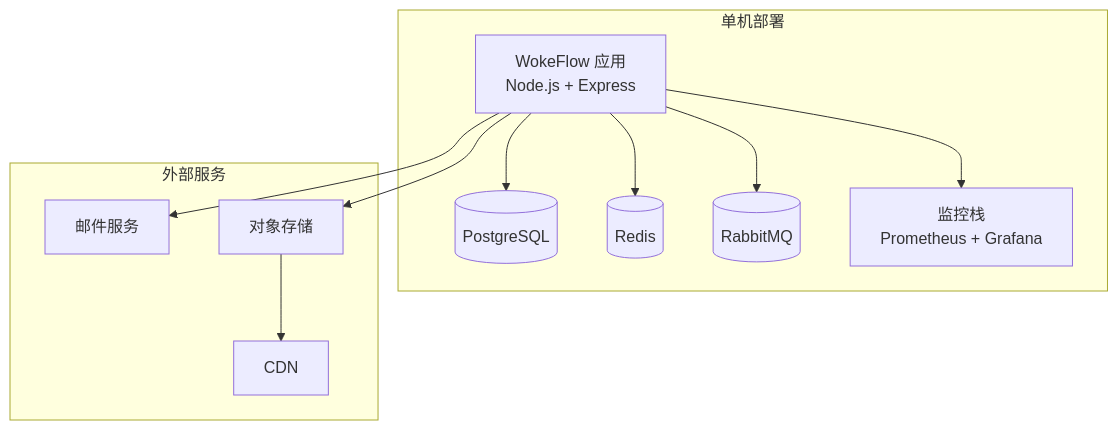
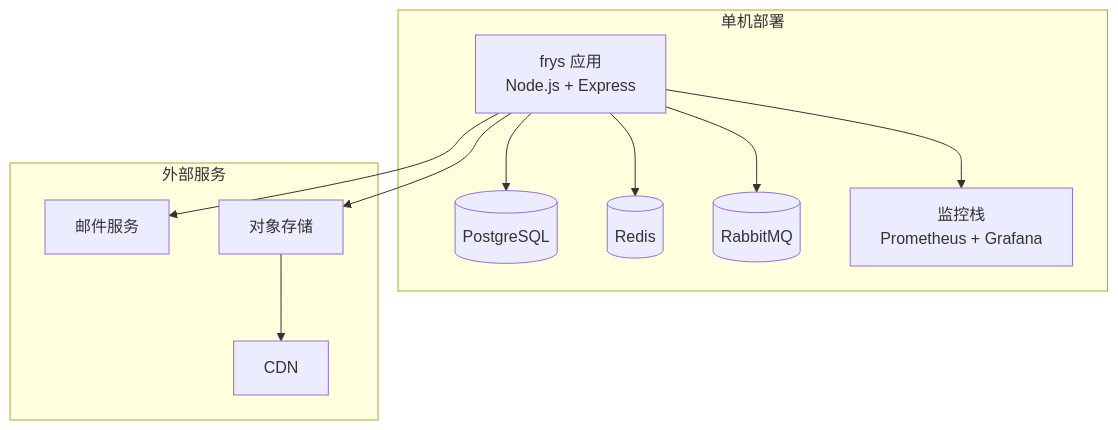
One commit to zycxfyh/frys changed the fifth of 14 diagrams in docs/system-architecture.md. Above: the diagram before and after it, drawn with Mermaid. The commit also changed other lines of this file and 137 other files, not shown here.

````diff
--- a/docs/system-architecture.md
+++ b/docs/system-architecture.md
@@ -226,25 +226,25 @@
 ```mermaid
 graph TB
     subgraph "单机部署"
-        APP[WokeFlow 应用<br/>Node.js + Express]
+        APP[frys 应用<br/>Node.js + Express]
         DB[(PostgreSQL)]
         CACHE[(Redis)]
         MQ[(RabbitMQ)]
         MONITORING[监控栈<br/>Prometheus + Grafana]
     end
 
     subgraph "外部服务"
         EMAIL[邮件服务]
         STORAGE[对象存储]
         CDN[CDN]
     end
 
     APP --> DB
     APP --> CACHE
     APP --> MQ
     APP --> MONITORING
 
     APP --> EMAIL
     APP --> STORAGE
     STORAGE --> CDN
 ```
````
